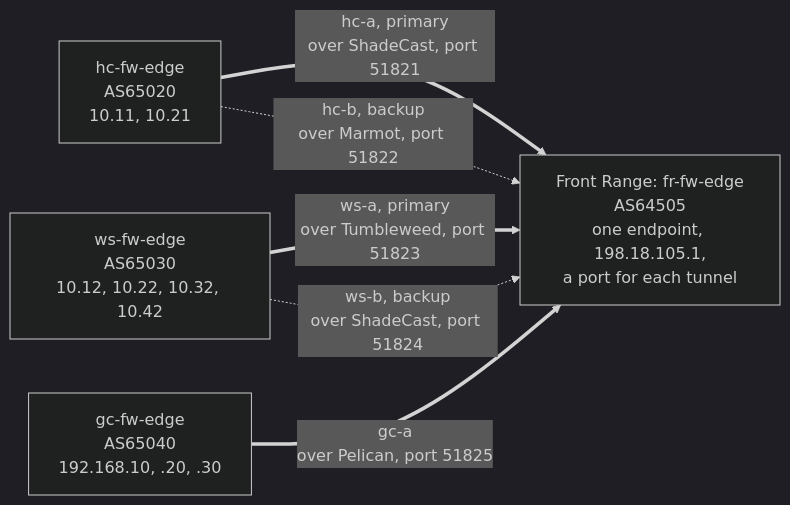
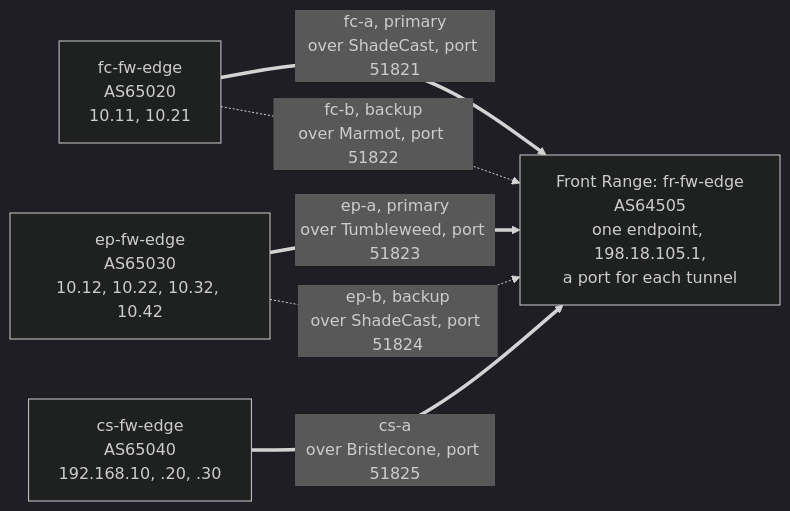
One commit to GhostofGoes/brew changed the fifth of 10 diagrams in docs/multisite/PLANS.md. Above: the diagram before and after it, drawn with Mermaid (dark theme). The commit also changed other lines of this file and 35 other files, not shown here.

````diff
--- a/docs/multisite/PLANS.md
+++ b/docs/multisite/PLANS.md
@@ -540,12 +545,12 @@
 ```mermaid
 flowchart LR
   HUB["Front Range: fr-fw-edge<br/>AS64505<br/>one endpoint, 198.18.105.1,<br/>a port for each tunnel"]
-  HC["hc-fw-edge<br/>AS65020<br/>10.11, 10.21"]
-  WS["ws-fw-edge<br/>AS65030<br/>10.12, 10.22, 10.32, 10.42"]
-  GC["gc-fw-edge<br/>AS65040<br/>192.168.10, .20, .30"]
-  HC ==>|"hc-a, primary<br/>over ShadeCast, port 51821"| HUB
-  HC -.->|"hc-b, backup<br/>over Marmot, port 51822"| HUB
-  WS ==>|"ws-a, primary<br/>over Tumbleweed, port 51823"| HUB
-  WS -.->|"ws-b, backup<br/>over ShadeCast, port 51824"| HUB
-  GC ==>|"gc-a<br/>over Pelican, port 51825"| HUB
+  FC["fc-fw-edge<br/>AS65020<br/>10.11, 10.21"]
+  EP["ep-fw-edge<br/>AS65030<br/>10.12, 10.22, 10.32, 10.42"]
+  CS["cs-fw-edge<br/>AS65040<br/>192.168.10, .20, .30"]
+  FC ==>|"fc-a, primary<br/>over ShadeCast, port 51821"| HUB
+  FC -.->|"fc-b, backup<br/>over Marmot, port 51822"| HUB
+  EP ==>|"ep-a, primary<br/>over Tumbleweed, port 51823"| HUB
+  EP -.->|"ep-b, backup<br/>over ShadeCast, port 51824"| HUB
+  CS ==>|"cs-a<br/>over Bristlecone, port 51825"| HUB
 ```
````
